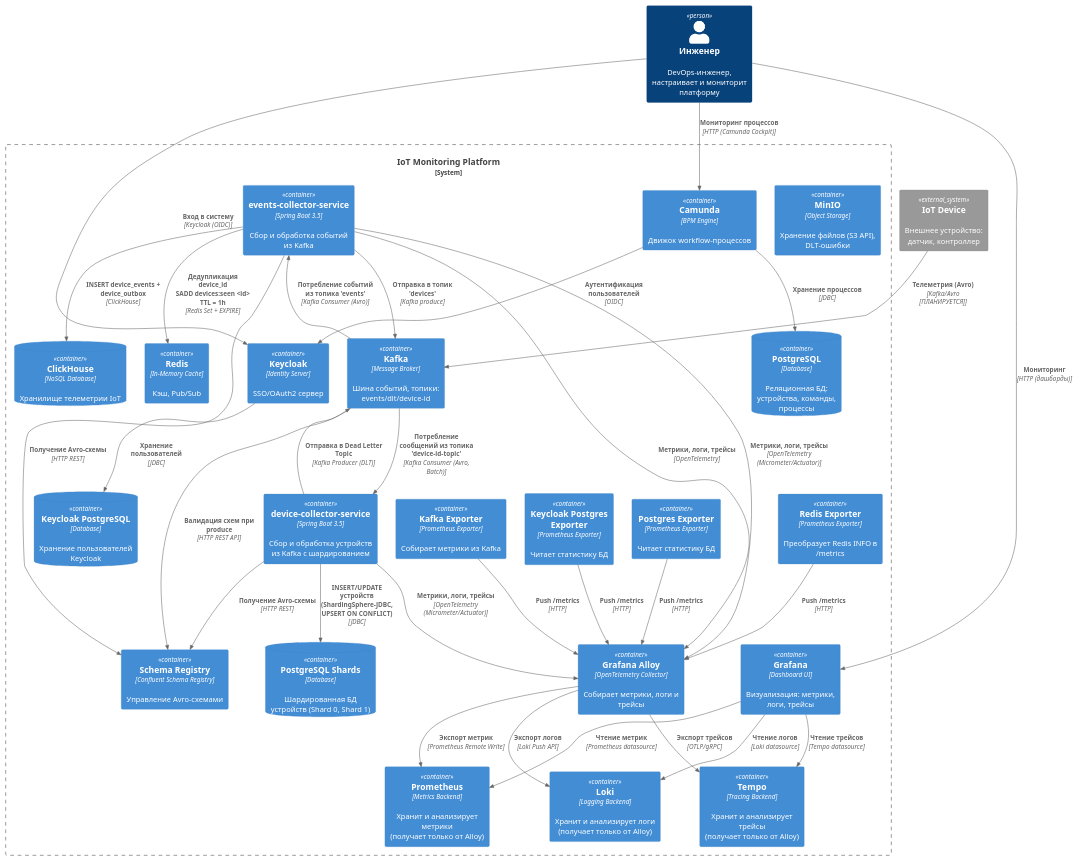
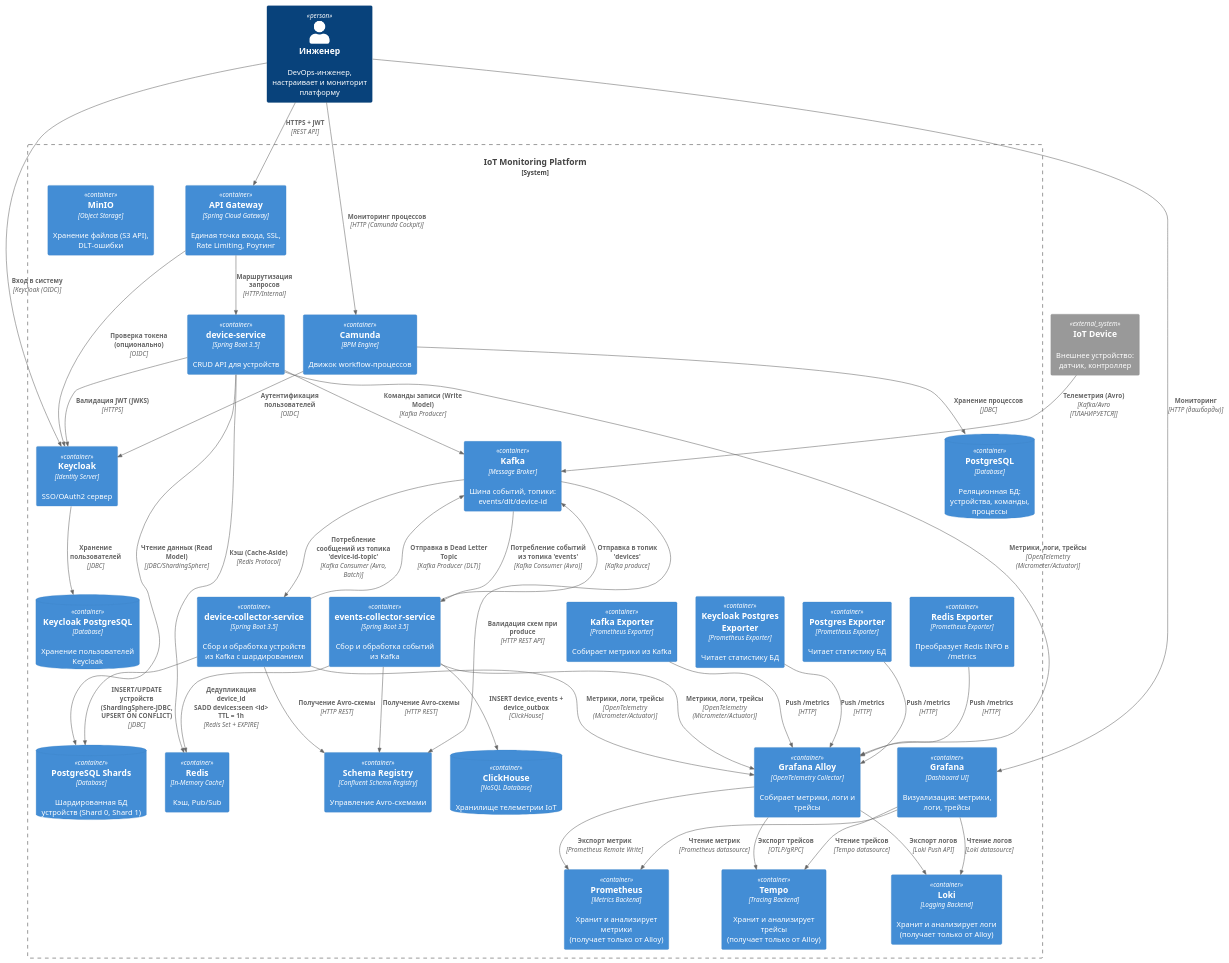
The diagram in diagrams/containers.puml (QuitEnough/highlyLoadedDistributedSystems), drawn with PlantUML before and after one commit. The commit also changed 2 other files, not shown here.

Commit message:
diagrams module 4

```diff
--- a/diagrams/containers.puml
+++ b/diagrams/containers.puml
@@ -1,75 +1,87 @@
 @startuml
 !includeurl https://raw.githubusercontent.com/plantuml-stdlib/C4-PlantUML/master/C4_Container.puml
 
 Person(engineer, "Инженер", "DevOps-инженер, настраивает и мониторит платформу")
 System_Ext(iot_device, "IoT Device", "Внешнее устройство: датчик, контроллер")
 
 System_Boundary(iot_platform, "IoT Monitoring Platform") {
 
+    ' --- Infrastructure ---
+    Container(api_gateway, "API Gateway", "Spring Cloud Gateway", "Единая точка входа, SSL, Rate Limiting, Роутинг")
+    Container(keycloak, "Keycloak", "Identity Server", "SSO/OAuth2 сервер")
+    Container(kafka, "Kafka", "Message Broker", "Шина событий, топики: events/dlt/device-id")
+    Container(schema_registry, "Schema Registry", "Confluent Schema Registry", "Управление Avro-схемами")
+    Container(redis, "Redis", "In-Memory Cache", "Кэш, Pub/Sub")
+    Container(camunda, "Camunda", "BPM Engine", "Движок workflow-процессов")
+    Container(minio, "MinIO", "Object Storage", "Хранение файлов (S3 API), DLT-ошибки")
     ContainerDb(postgres, "PostgreSQL", "Database", "Реляционная БД: устройства, команды, процессы")
     ContainerDb(keycloak_postgres, "Keycloak PostgreSQL", "Database", "Хранение пользователей Keycloak")
     ContainerDb(clickhouse, "ClickHouse", "NoSQL Database", "Хранилище телеметрии IoT")
     ContainerDb(pg_shards, "PostgreSQL Shards", "Database", "Шардированная БД устройств (Shard 0, Shard 1)")
 
-    Container(kafka, "Kafka", "Message Broker", "Шина событий, топики: events/dlt/device-id")
-    Container(redis, "Redis", "In-Memory Cache", "Кэш, Pub/Sub")
-    Container(minio, "MinIO", "Object Storage", "Хранение файлов (S3 API), DLT-ошибки")
-
-    Container(keycloak, "Keycloak", "Identity Server", "SSO/OAuth2 сервер")
-    Container(camunda, "Camunda", "BPM Engine", "Движок workflow-процессов")
-    Container(schema_registry, "Schema Registry", "Confluent Schema Registry", "Управление Avro-схемами")
-
+    ' --- Observability Stack ---
     Container(prometheus, "Prometheus", "Metrics Backend", "Хранит и анализирует метрики\n(получает только от Alloy)")
     Container(loki, "Loki", "Logging Backend", "Хранит и анализирует логи\n(получает только от Alloy)")
     Container(tempo, "Tempo", "Tracing Backend", "Хранит и анализирует трейсы\n(получает только от Alloy)")
     Container(grafana, "Grafana", "Dashboard UI", "Визуализация: метрики, логи, трейсы")
     Container(alloy, "Grafana Alloy", "OpenTelemetry Collector", "Собирает метрики, логи и трейсы")
 
+    ' --- Exporters ---
     Container(postgres_exporter, "Postgres Exporter", "Prometheus Exporter", "Читает статистику БД")
     Container(keycloak_postgres_exporter, "Keycloak Postgres Exporter", "Prometheus Exporter", "Читает статистику БД")
     Container(kafka_exporter, "Kafka Exporter", "Prometheus Exporter", "Собирает метрики из Kafka")
     Container(redis_exporter, "Redis Exporter", "Prometheus Exporter", "Преобразует Redis INFO в /metrics")
 
+    ' --- Microservices ---
     Container(events_collector, "events-collector-service", "Spring Boot 3.5", "Сбор и обработка событий из Kafka")
     Container(device_collector, "device-collector-service", "Spring Boot 3.5", "Сбор и обработка устройств из Kafka с шардированием")
+    Container(device_service, "device-service", "Spring Boot 3.5", "CRUD API для устройств")
 }
 
+Rel(engineer, api_gateway, "HTTPS + JWT", "REST API")
+Rel(api_gateway, device_service, "Маршрутизация запросов", "HTTP/Internal")
+Rel(api_gateway, keycloak, "Проверка токена (опционально)", "OIDC")
 Rel(iot_device, kafka, "Телеметрия (Avro)", "Kafka/Avro [ПЛАНИРУЕТСЯ]")
 Rel(engineer, grafana, "Мониторинг", "HTTP (дашборды)")
 Rel(engineer, keycloak, "Вход в систему", "Keycloak (OIDC)")
 Rel(engineer, camunda, "Мониторинг процессов", "HTTP (Camunda Cockpit)")
 
 Rel(kafka, events_collector, "Потребление событий из топика 'events'", "Kafka Consumer (Avro)")
 Rel(events_collector, schema_registry, "Получение Avro-схемы", "HTTP REST")
 Rel(events_collector, clickhouse, "INSERT device_events + device_outbox", "ClickHouse")
 Rel(events_collector, redis, "Дедупликация device_id\nSADD devices:seen <id>\nTTL = 1h", "Redis Set + EXPIRE")
-Rel(events_collector, alloy, "Метрики, логи, трейсы", "OpenTelemetry")
 Rel(events_collector, kafka, "Отправка в топик 'devices'", "Kafka produce")
 Rel(events_collector, alloy, "Метрики, логи, трейсы", "OpenTelemetry (Micrometer/Actuator)")
 
 Rel(kafka, device_collector, "Потребление сообщений из топика 'device-id-topic'", "Kafka Consumer (Avro, Batch)")
 Rel(device_collector, schema_registry, "Получение Avro-схемы", "HTTP REST")
 Rel(device_collector, pg_shards, "INSERT/UPDATE устройств (ShardingSphere-JDBC, UPSERT ON CONFLICT)", "JDBC")
 Rel(device_collector, kafka, "Отправка в Dead Letter Topic", "Kafka Producer (DLT)")
 Rel(device_collector, alloy, "Метрики, логи, трейсы", "OpenTelemetry (Micrometer/Actuator)")
+
+Rel(device_service, keycloak, "Валидация JWT (JWKS)", "HTTPS")
+Rel(device_service, redis, "Кэш (Cache-Aside)", "Redis Protocol")
+Rel(device_service, pg_shards, "Чтение данных (Read Model)", "JDBC/ShardingSphere")
+Rel(device_service, kafka, "Команды записи (Write Model)", "Kafka Producer")
+Rel(device_service, alloy, "Метрики, логи, трейсы", "OpenTelemetry (Micrometer/Actuator)")
 
 Rel(camunda, keycloak, "Аутентификация пользователей", "OIDC")
 Rel(camunda, postgres, "Хранение процессов", "JDBC")
 Rel(keycloak, keycloak_postgres, "Хранение пользователей", "JDBC")
 
 Rel(postgres_exporter, alloy, "Push /metrics", "HTTP")
 Rel(keycloak_postgres_exporter, alloy, "Push /metrics", "HTTP")
 Rel(kafka_exporter, alloy, "Push /metrics", "HTTP")
 Rel(redis_exporter, alloy, "Push /metrics", "HTTP")
 
 Rel(alloy, prometheus, "Экспорт метрик", "Prometheus Remote Write")
 Rel(alloy, loki, "Экспорт логов", "Loki Push API")
 Rel(alloy, tempo, "Экспорт трейсов", "OTLP/gRPC")
 
 Rel(kafka, schema_registry, "Валидация схем при produce", "HTTP REST API")
 
 Rel(grafana, prometheus, "Чтение метрик", "Prometheus datasource")
 Rel(grafana, loki, "Чтение логов", "Loki datasource")
 Rel(grafana, tempo, "Чтение трейсов", "Tempo datasource")
 
 @enduml
```
